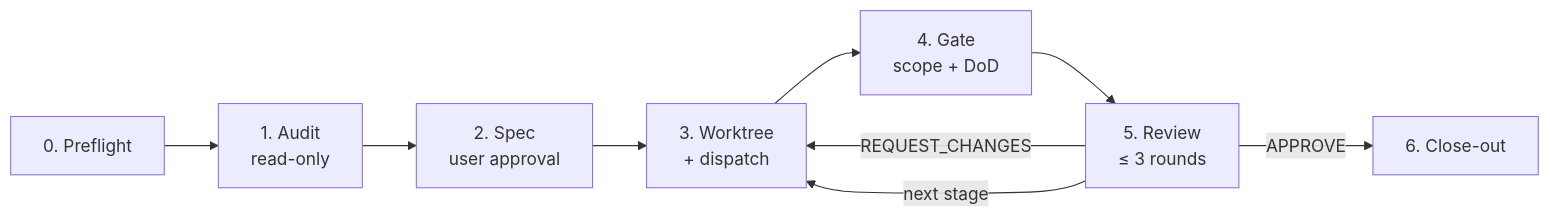
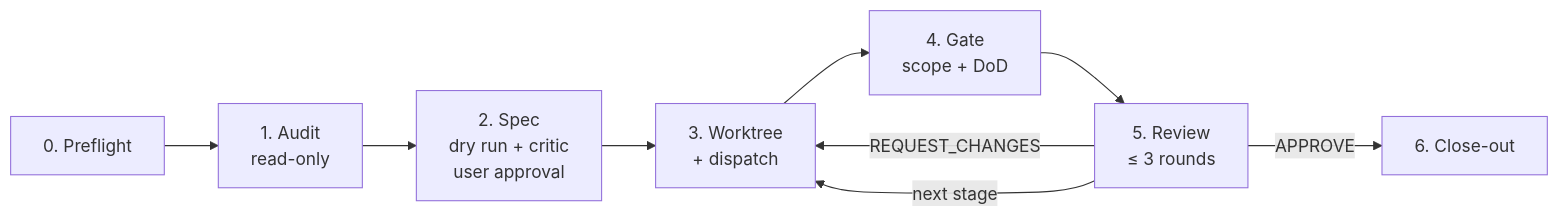
The diagram in README.md (cosmo-chang-1701/spec-audit-and-refactor), drawn with Mermaid before and after one commit. The commit also changed other lines of this file and 7 other files, not shown here.

First line of the commit message:
Add DoD dry run, Plan Critic, and checkpoint decision matrix

````diff
--- a/README.md
+++ b/README.md
@@ -64,11 +64,11 @@
 ```mermaid
 flowchart LR
     A[0. Preflight] --> B[1. Audit<br/>read-only]
-    B --> C[2. Spec<br/>user approval]
+    B --> C[2. Spec<br/>dry run + critic<br/>user approval]
     C --> D[3. Worktree<br/>+ dispatch]
     D --> E[4. Gate<br/>scope + DoD]
     E --> F[5. Review<br/>≤ 3 rounds]
     F -->|REQUEST_CHANGES| D
     F -->|next stage| D
     F -->|APPROVE| G[6. Close-out]
 ```
````
